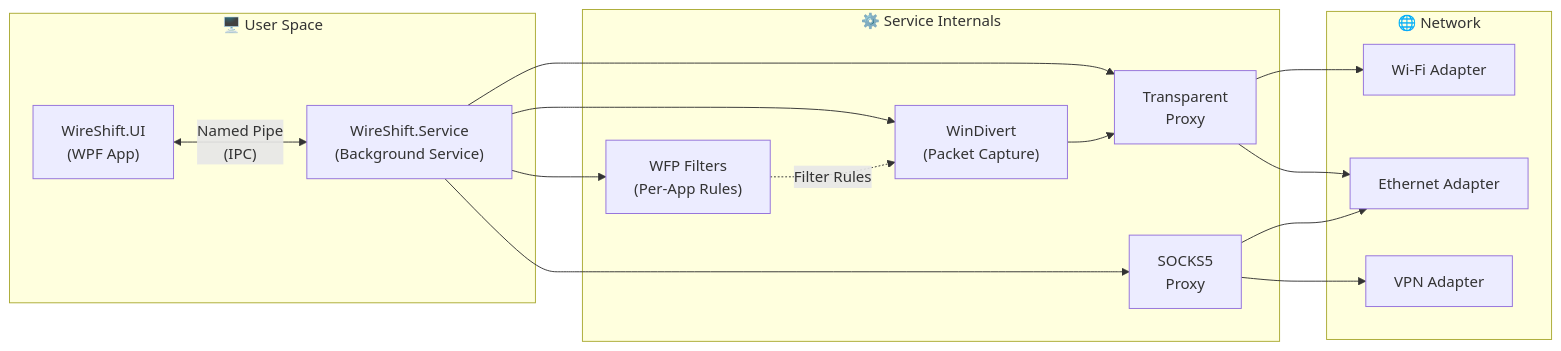
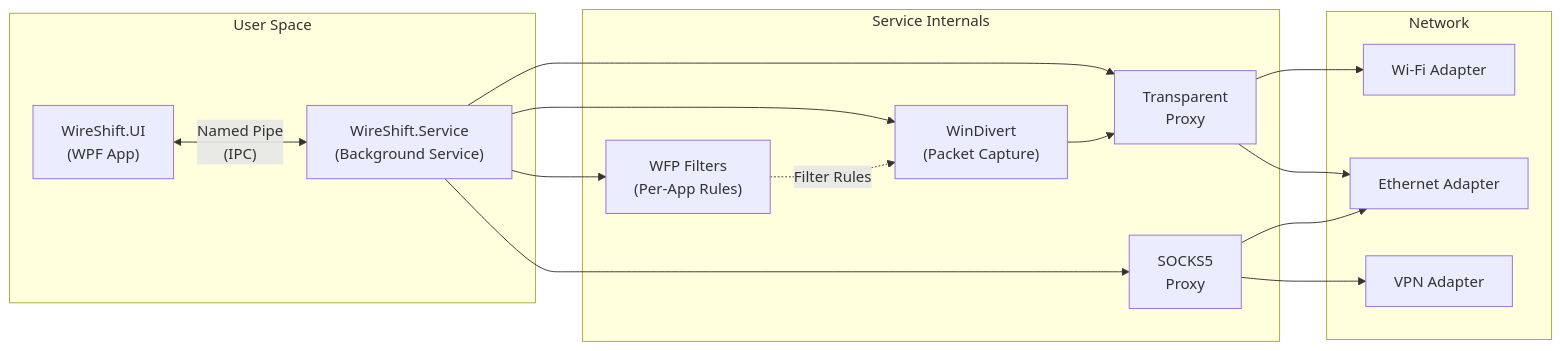
One commit to Farerudesu/WireShift changed the diagram in README.md. Above: the diagram before and after it, drawn with Mermaid. The commit also changed other lines of this file, not shown here.

````diff
--- a/README.md
+++ b/README.md
@@ -58,32 +58,32 @@
 ```mermaid
 flowchart LR
-    subgraph UserSpace["🖥️ User Space"]
+    subgraph UserSpace["User Space"]
         UI["WireShift.UI\n(WPF App)"]
         Service["WireShift.Service\n(Background Service)"]
     end
 
-    subgraph ServiceInternals["⚙️ Service Internals"]
+    subgraph ServiceInternals["Service Internals"]
         WinDivert["WinDivert\n(Packet Capture)"]
         WFP["WFP Filters\n(Per-App Rules)"]
         TransparentProxy["Transparent\nProxy"]
         SOCKS5["SOCKS5\nProxy"]
     end
 
-    subgraph Network["🌐 Network"]
+    subgraph Network["Network"]
         NIC1["Wi-Fi Adapter"]
         NIC2["Ethernet Adapter"]
         NIC3["VPN Adapter"]
     end
 
     UI <-->|"Named Pipe\n(IPC)"| Service
     Service --> WinDivert
     Service --> WFP
     Service --> TransparentProxy
     Service --> SOCKS5
     WinDivert --> TransparentProxy
     TransparentProxy --> NIC1
     TransparentProxy --> NIC2
     SOCKS5 --> NIC2
     SOCKS5 --> NIC3
     WFP -.->|"Filter Rules"| WinDivert
 ```
````
